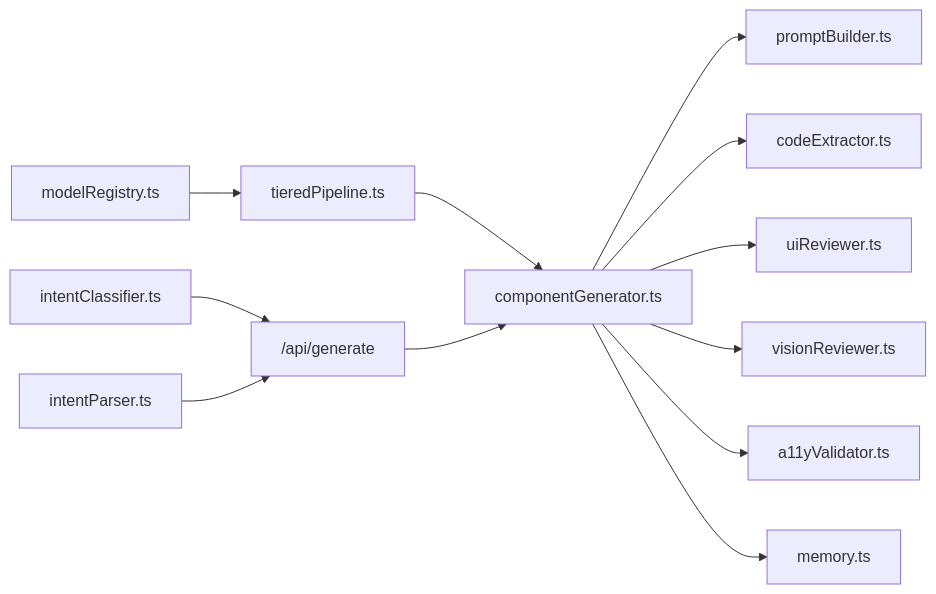
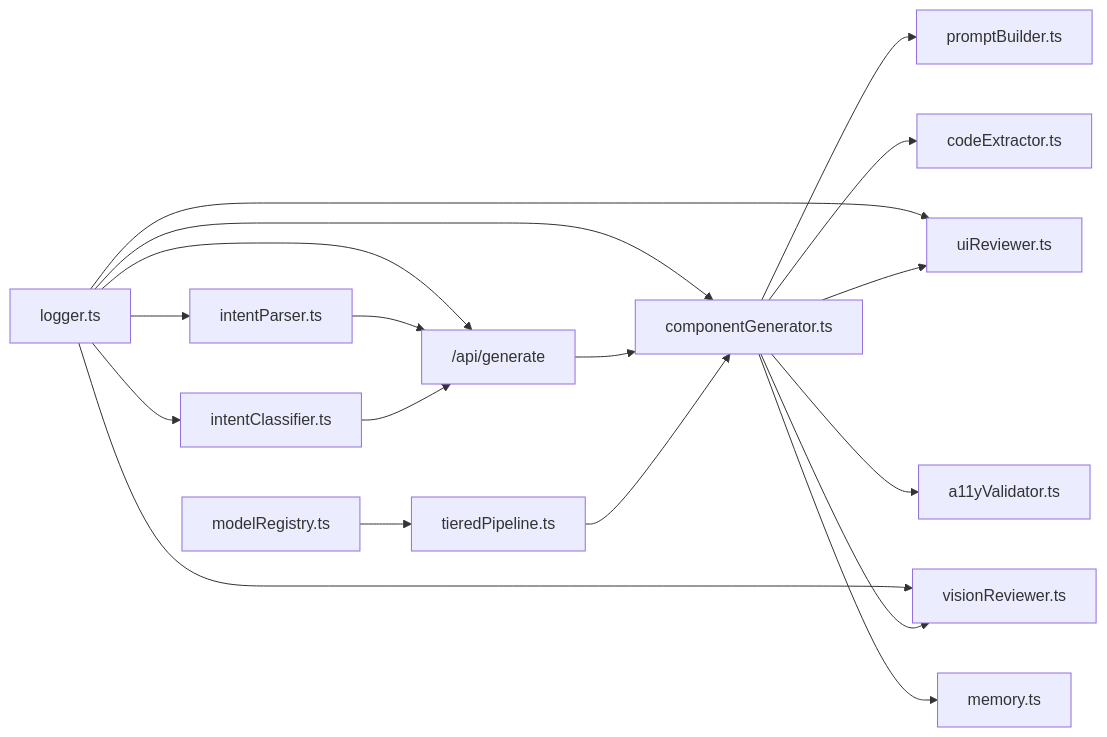
One commit to shekhargiri005-dotcom/AI-powered-accessibility-first-UI-engine changed diagram 14 of 14 in .qoder/repowiki/en/content/Architecture & Design/Layered Architecture/Business Logic Layer/AI Generation Pipeline.md. Above: the diagram before and after it, drawn with Mermaid. The commit also changed other lines of this file and 20 other files, not shown here.

````diff
--- a/.qoder/repowiki/en/content/Architecture & Design/Layered Architecture/Business Logic Layer/AI Generation Pipeline.md
+++ b/.qoder/repowiki/en/content/Architecture & Design/Layered Architecture/Business Logic Layer/AI Generation Pipeline.md
@@ -467,14 +586,20 @@
 ```mermaid
 graph LR
 MR["modelRegistry.ts"] --> TP["tieredPipeline.ts"]
 TP --> CG["componentGenerator.ts"]
 CG --> PB["promptBuilder.ts"]
 CG --> CE["codeExtractor.ts"]
 CG --> UR["uiReviewer.ts"]
 CG --> VR["visionReviewer.ts"]
 CG --> AV["a11yValidator.ts"]
 CG --> MM["memory.ts"]
 IC["intentClassifier.ts"] --> API["/api/generate"]
 IP["intentParser.ts"] --> API
 API --> CG
+LOG["logger.ts"] --> API
+LOG --> IC
+LOG --> IP
+LOG --> CG
+LOG --> UR
+LOG --> VR
 ```
````
